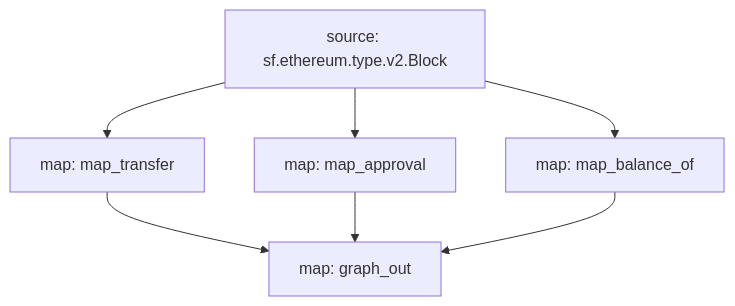
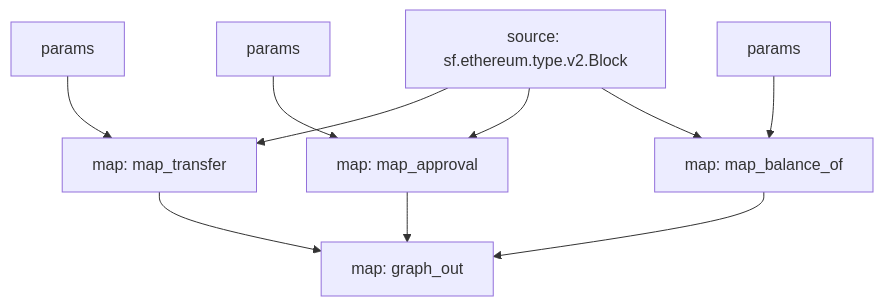
The diagram in erc20/README.md (pinax-network/substreams-cookbook), drawn with Mermaid before and after one commit. The commit also changed other lines of this file and 2 other files, not shown here.

Commit message:
use params for erc20

````diff
--- a/erc20/README.md
+++ b/erc20/README.md
@@ -61,13 +60,16 @@
 ```mermaid
 graph TD;
   map_transfer[map: map_transfer];
+  map_transfer:params[params] --> map_transfer;
   sf.ethereum.type.v2.Block[source: sf.ethereum.type.v2.Block] --> map_transfer;
   map_approval[map: map_approval];
+  map_approval:params[params] --> map_approval;
   sf.ethereum.type.v2.Block[source: sf.ethereum.type.v2.Block] --> map_approval;
   map_balance_of[map: map_balance_of];
+  map_balance_of:params[params] --> map_balance_of;
   sf.ethereum.type.v2.Block[source: sf.ethereum.type.v2.Block] --> map_balance_of;
   graph_out[map: graph_out];
   map_transfer --> graph_out;
   map_approval --> graph_out;
   map_balance_of --> graph_out;
 ```
````
